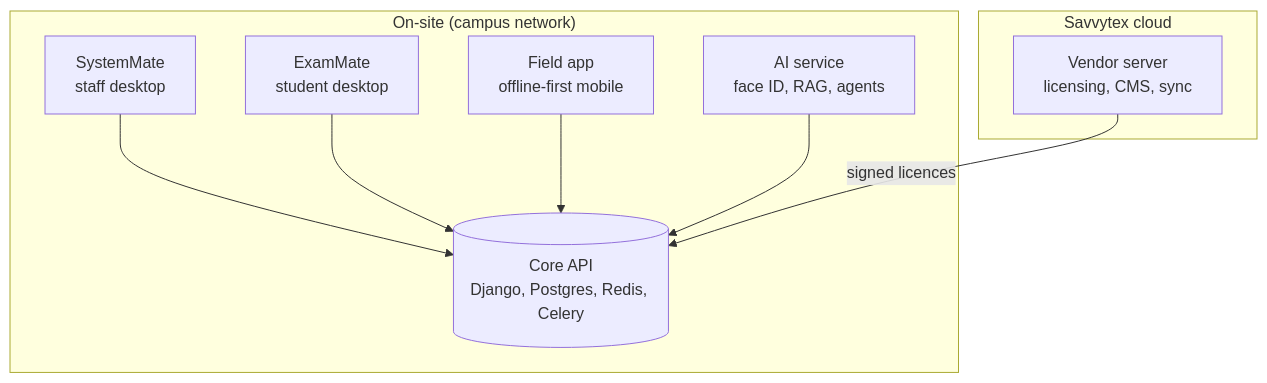
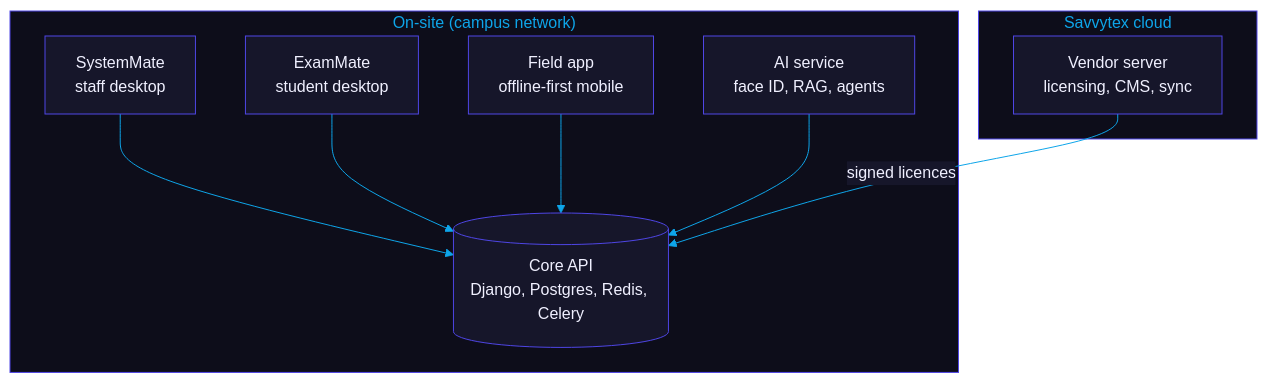
Before and after one commit to flowser/flowser: the diagram in case-studies/aemms-platform.md, drawn with Mermaid. The commit also changed 9 other files, not shown here.

Commit message:
Apply Savvytex Pro theme: hero, stat cards, dividers, footer, palette badges and diagrams

````diff
--- a/case-studies/aemms-platform.md
+++ b/case-studies/aemms-platform.md
@@ -30,18 +30,19 @@
 ```mermaid
+%%{init: {'theme':'base','themeVariables':{'primaryColor':'#16162a','primaryTextColor':'#f0f0ff','primaryBorderColor':'#4f46e5','lineColor':'#0ea5e9','secondaryColor':'#0d0d1a','tertiaryColor':'#12121f','clusterBkg':'#0d0d1a','clusterBorder':'#4f46e5','titleColor':'#0ea5e9','edgeLabelBackground':'#16162a'}}}%%
 flowchart TB
   subgraph campus["On-site (campus network)"]
     SM["SystemMate<br/>staff desktop"]
     EM["ExamMate<br/>student desktop"]
     PF["Field app<br/>offline-first mobile"]
     AI["AI service<br/>face ID, RAG, agents"]
     API[("Core API<br/>Django, Postgres, Redis, Celery")]
   end
   subgraph cloud["Savvytex cloud"]
     STX["Vendor server<br/>licensing, CMS, sync"]
   end
   SM --> API
   EM --> API
   PF --> API
   AI --> API
   STX -->|signed licences| API
 ```
````
